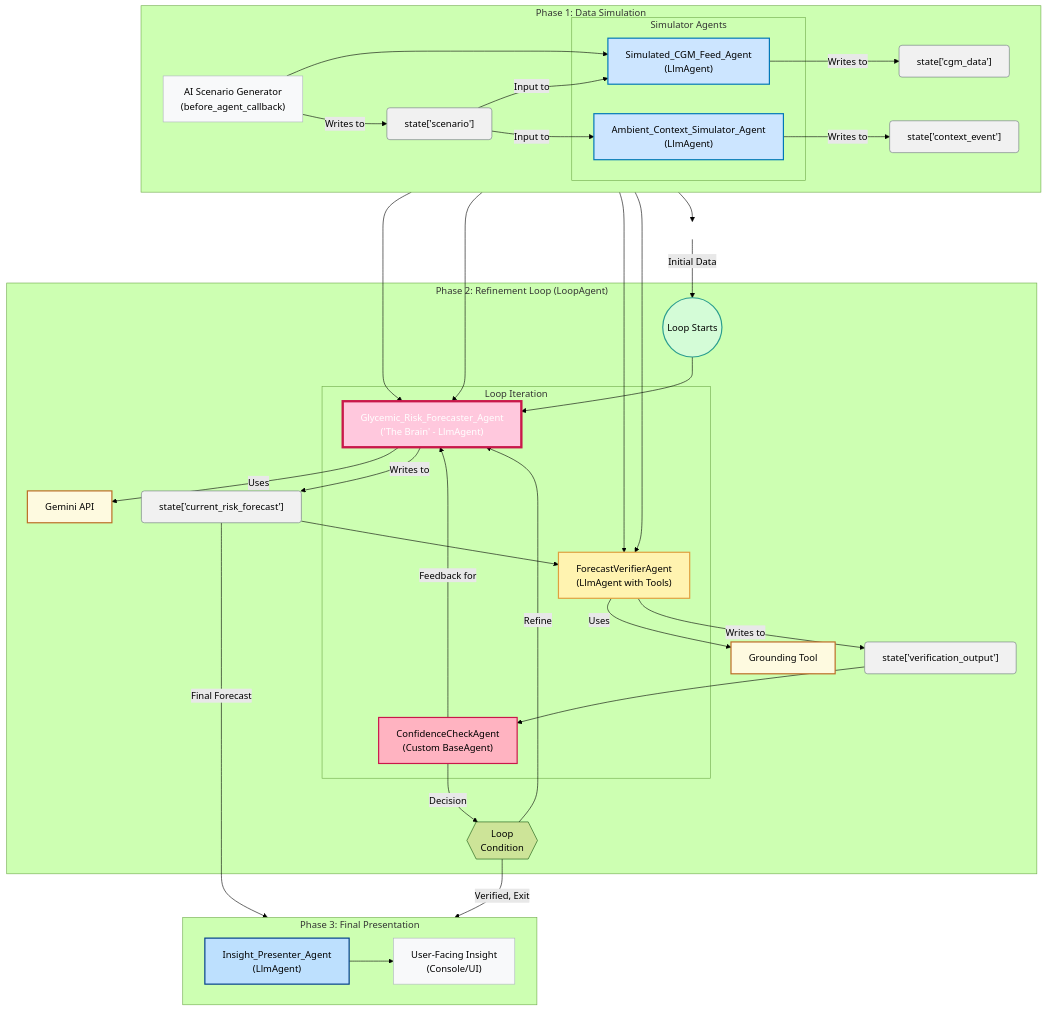
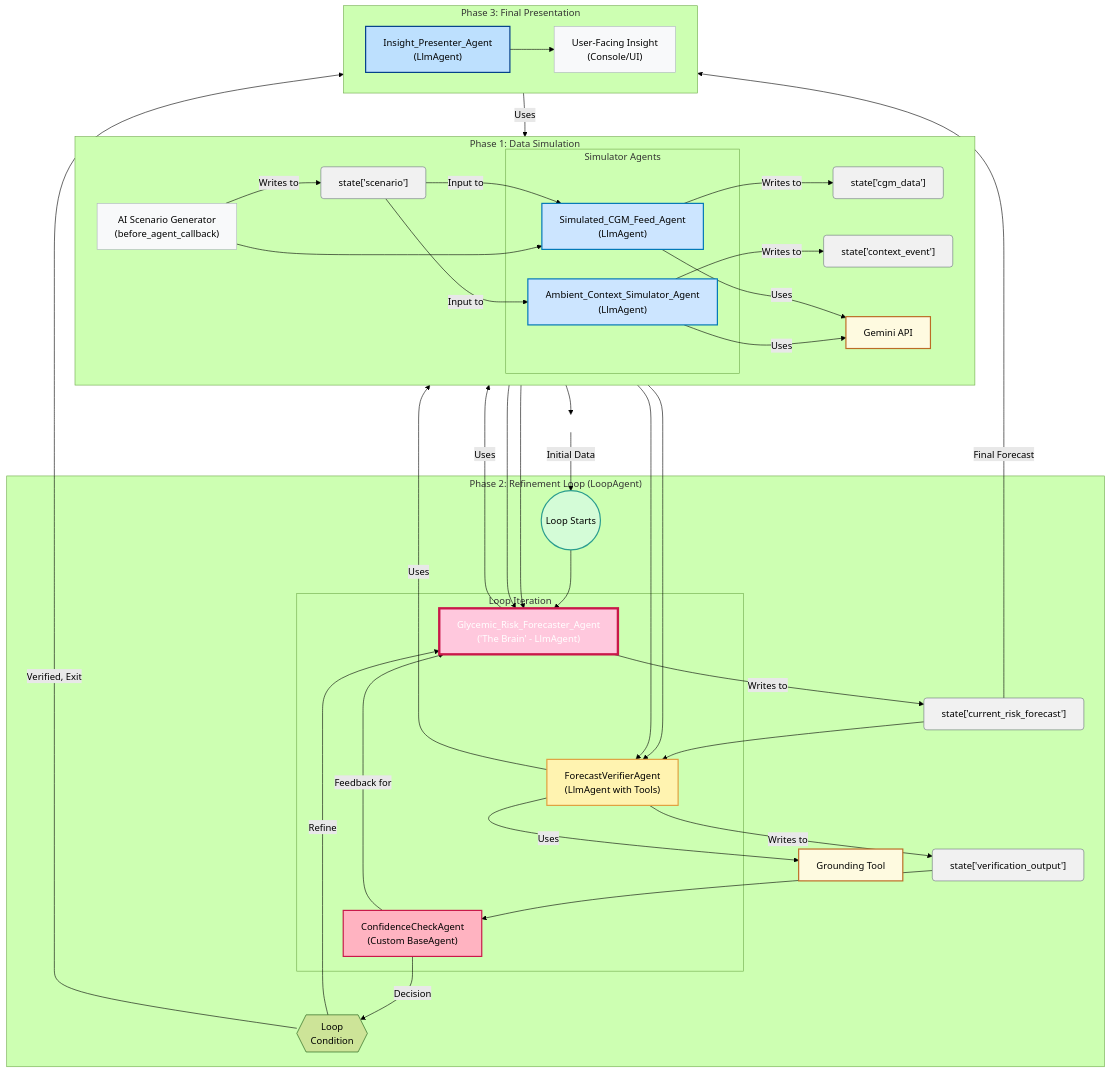
One commit to maverickkamal/T1d-swarm changed the diagram in README.md. Above: the diagram before and after it, drawn with Mermaid (forest theme).

Commit message:
Enhance README.md by adding references to the Gemini API in the flow diagrams, clarifying its role in the data processing and verification phases.

```diff
--- a/README.md
+++ b/README.md
@@ -66,12 +66,15 @@
         S_SCENARIO["state['scenario']"]:::data
         S_CGM["state['cgm_data']"]:::data
         S_CTX["state['context_event']"]:::data
+        Gemini["Gemini API"]:::external
 
         AI_SCENARIO -- "Writes to" --> S_SCENARIO
         S_SCENARIO -- "Input to" --> B
         S_SCENARIO -- "Input to" --> C
         B -- "Writes to" --> S_CGM
         C -- "Writes to" --> S_CTX
+        B -- "Uses" --> Gemini
+        C -- "Uses" --> Gemini
     end
 
     %% === PHASE 2: Refinement & Verification Loop ===
@@ -87,7 +90,6 @@
 
         S_RF["state['current_risk_forecast']"]:::data
         S_VERIFY["state['verification_output']"]:::data
-        Gemini["Gemini API"]:::external
         SearchTool["Grounding Tool"]:::external
         
         LOOP_START --> D
@@ -101,6 +103,7 @@
         S_CTX --> F
         F -- "Uses" --> SearchTool
         F -- "Writes to" --> S_VERIFY
+        F -- "Uses" --> Gemini
 
         S_VERIFY --> G
 
@@ -116,6 +119,7 @@
         E["Insight_Presenter_Agent<br>(LlmAgent)"]:::presenter
         FinalOutput["User-Facing Insight<br>(Console/UI)"]:::process
         E --> FinalOutput
+        E -- "Uses" --> Gemini
     end
 
     %% === Overall Flow Connections ===
```
